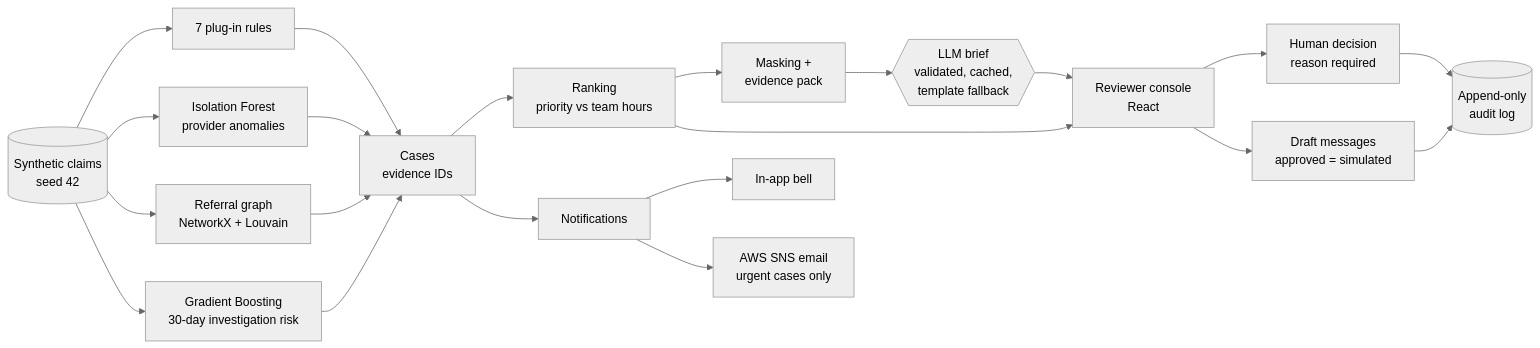
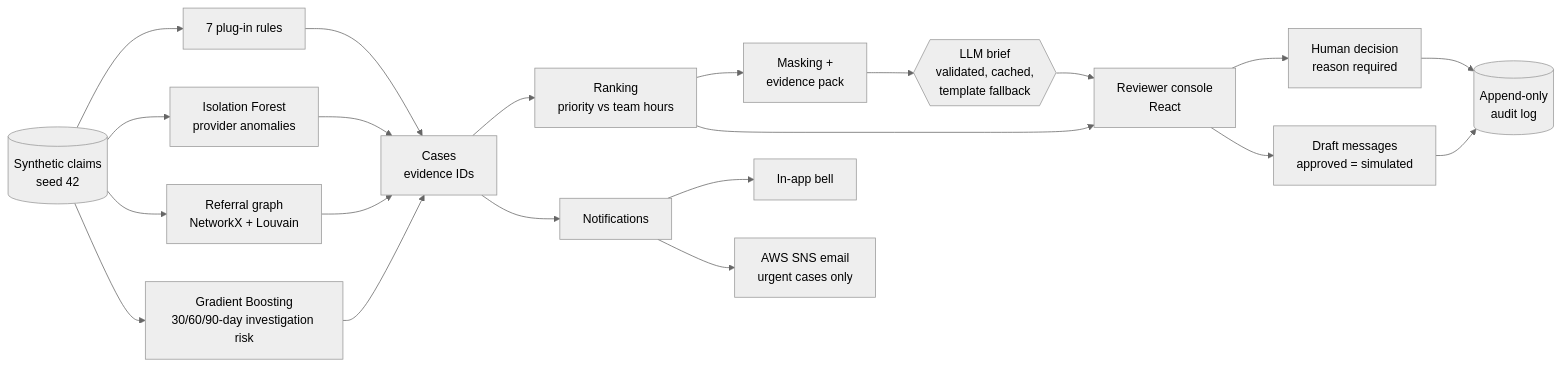
One commit to HARISH241501066/Claim-X changed the diagram in README.md. Above: the diagram before and after it, drawn with Mermaid (neutral theme). The commit also changed other lines of this file, not shown here.

````diff
--- a/README.md
+++ b/README.md
@@ -9,23 +20,23 @@
 ```mermaid
 flowchart LR
     D[(Synthetic claims<br/>seed 42)] --> R[7 plug-in rules]
     D --> A[Isolation Forest<br/>provider anomalies]
     D --> G[Referral graph<br/>NetworkX + Louvain]
     R --> C[Cases<br/>evidence IDs]
     A --> C
     G --> C
-    D --> P[Gradient Boosting<br/>30-day investigation risk]
+    D --> P[Gradient Boosting<br/>30/60/90-day investigation risk]
     P --> C
     C --> K[Ranking<br/>priority vs team hours]
     K --> M[Masking +<br/>evidence pack]
     M --> L{{LLM brief<br/>validated, cached,<br/>template fallback}}
     L --> U[Reviewer console<br/>React]
     K --> U
     U --> H[Human decision<br/>reason required]
     H --> X[(Append-only<br/>audit log)]
     C --> N[Notifications]
     N --> NI[In-app bell]
     N --> NE[AWS SNS email<br/>urgent cases only]
     U --> OB[Draft messages<br/>approved = simulated]
     OB --> X
 ```
````
